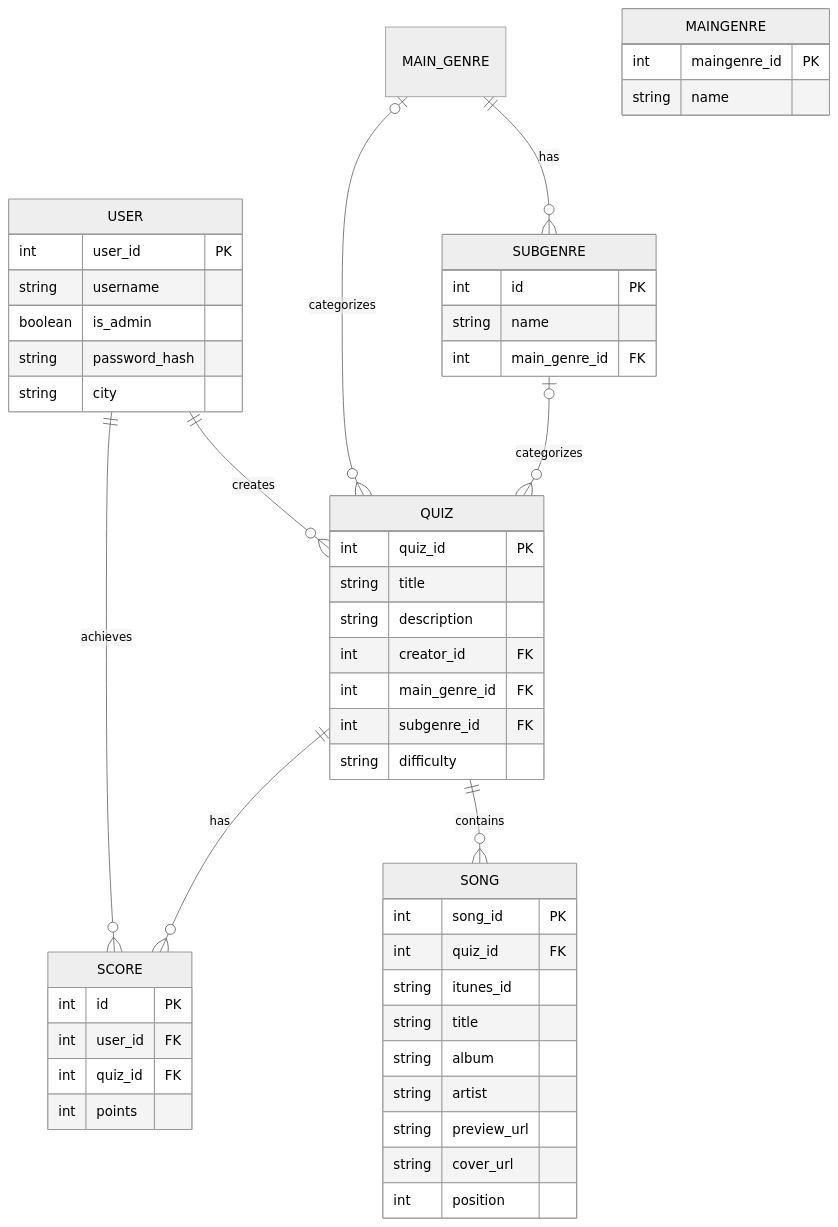
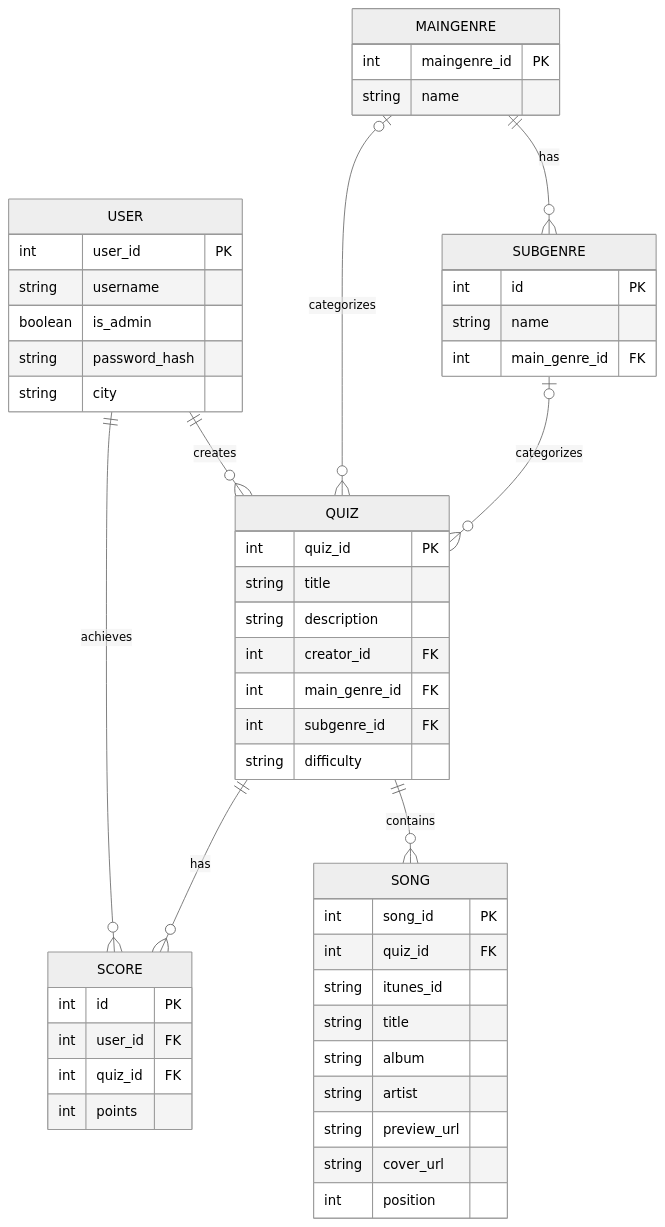
One commit to paull2906/FSWB changed the diagram in docs/02-data-model.md. Above: the diagram before and after it, drawn with Mermaid (neutral theme).

Commit message:
Fix casing for MAINGENRE in data model

````diff
--- a/docs/02-data-model.md
+++ b/docs/02-data-model.md
@@ -16,62 +16,62 @@
 ```mermaid
 
 erDiagram
    
     USER ||--o{ QUIZ : creates
     USER ||--o{ SCORE : achieves
     QUIZ ||--o{ SONG : contains
     QUIZ ||--o{ SCORE : has
-    MAIN_GENRE ||--o{ SUBGENRE : has
-    MAIN_GENRE |o--o{ QUIZ : categorizes
+    MAINGENRE ||--o{ SUBGENRE : has
+    MAINGENRE |o--o{ QUIZ : categorizes
     SUBGENRE |o--o{ QUIZ : categorizes
     
     
     USER {
         int user_id PK
         string username
         boolean is_admin
         string password_hash
         string city
         }
 
     QUIZ {
         int quiz_id PK
         string title
         string description
         int creator_id FK
         int main_genre_id FK
         int subgenre_id FK
         string difficulty
       }
 
    
     SONG {
         int song_id PK
         int quiz_id FK
         string itunes_id
         string title
         string album
         string artist
         string preview_url
         string cover_url
         int position
     }
 
     MAINGENRE {
         int maingenre_id PK
         string name 
     }
 
     SUBGENRE {
         int id PK
         string name
         int main_genre_id FK
     }
 
     SCORE {
         int id PK
         int user_id FK
         int quiz_id FK
         int points
     }
 ```
````
